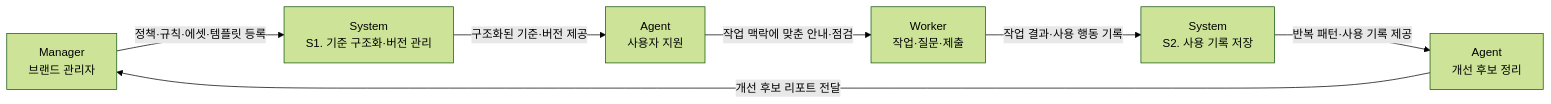
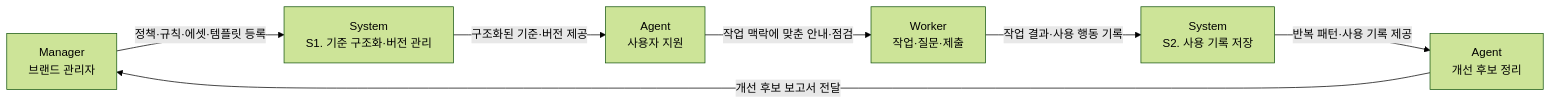
Before and after one commit to ewoooo/living-brand-system: the second of 2 diagrams in docs/01-product.md, drawn with Mermaid (forest theme). The commit also changed other lines of this file and 4 other files, not shown here.

````diff
--- a/docs/01-product.md
+++ b/docs/01-product.md
@@ -93,16 +93,16 @@
 ```mermaid
 flowchart LR
   M["Manager<br/>브랜드 관리자"]
   S1["System<br/>S1. 기준 구조화·버전 관리"]
   A1["Agent<br/>사용자 지원"]
   C["Worker<br/>작업·질문·제출"]
   S2["System<br/>S2. 사용 기록 저장"]
   A2["Agent<br/>개선 후보 정리"]
 
   M -->|"정책·규칙·에셋·템플릿 등록"| S1
   S1 -->|"구조화된 기준·버전 제공"| A1
   A1 -->|"작업 맥락에 맞춘 안내·점검"| C
   C -->|"작업 결과·사용 행동 기록"| S2
   S2 -->|"반복 패턴·사용 기록 제공"| A2
-  A2 -->|"개선 후보 리포트 전달"| M
+  A2 -->|"개선 후보 보고서 전달"| M
 ```
````
